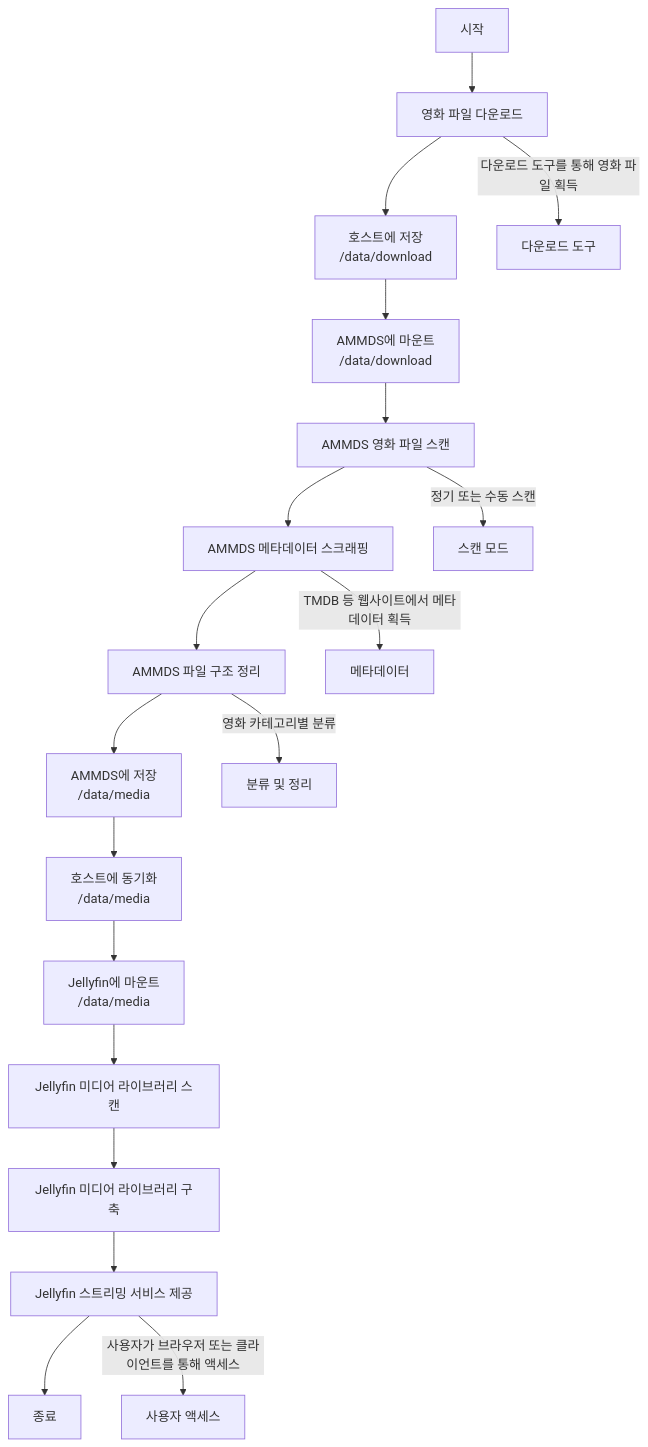
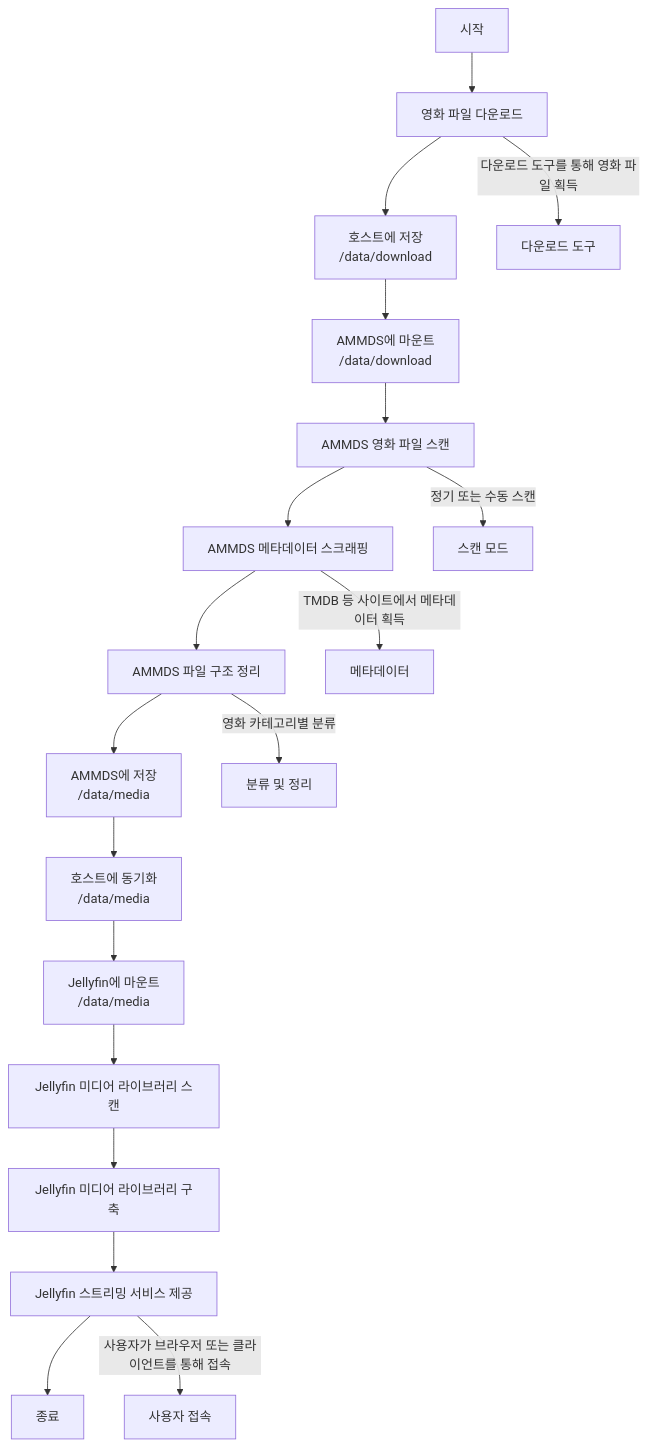
Before and after one commit to QYG2297248353/AMMDS-DOC: the fourth of 5 diagrams in i18n/ko/docusaurus-plugin-content-docs/current/usage/Mount.md, drawn with Mermaid. The commit also changed other lines of this file and 148 other files, not shown here.

````diff
--- a/i18n/ko/docusaurus-plugin-content-docs/current/usage/Mount.md
+++ b/i18n/ko/docusaurus-plugin-content-docs/current/usage/Mount.md
@@ -166,34 +167,34 @@
 ```mermaid
 flowchart TD
     %% 시작
     START["시작"] --> DOWNLOAD["영화 파일 다운로드"]
     
     %% 다운로드 단계
     DOWNLOAD --> SAVE_RAW["호스트에 저장<br/>/data/download"]
     
     %% AMMDS 처리 단계
     SAVE_RAW --> MOUNT_TO_AMMDS["AMMDS에 마운트<br/>/data/download"]
     MOUNT_TO_AMMDS --> SCAN["AMMDS 영화 파일 스캔"]
     SCAN --> SCRAPE["AMMDS 메타데이터 스크래핑"]
     SCRAPE --> ORGANIZE["AMMDS 파일 구조 정리"]
     ORGANIZE --> SAVE_PROCESSED["AMMDS에 저장<br/>/data/media"]
     
     %% 호스트 동기화 단계
     SAVE_PROCESSED --> SYNC_TO_HOST["호스트에 동기화<br/>/data/media"]
     
     %% Jellyfin 처리 단계
     SYNC_TO_HOST --> MOUNT_TO_JELLYFIN["Jellyfin에 마운트<br/>/data/media"]
     MOUNT_TO_JELLYFIN --> JELLYFIN_SCAN["Jellyfin 미디어 라이브러리 스캔"]
     JELLYFIN_SCAN --> BUILD_LIBRARY["Jellyfin 미디어 라이브러리 구축"]
     BUILD_LIBRARY --> PROVIDE_STREAM["Jellyfin 스트리밍 서비스 제공"]
     
     %% 종료
     PROVIDE_STREAM --> END["종료"]
     
     %% 프로세스 설명
     DOWNLOAD -->|"다운로드 도구를 통해 영화 파일 획득"| DOWNLOAD_TOOL["다운로드 도구"]
     SCAN -->|"정기 또는 수동 스캔"| SCAN_MODE["스캔 모드"]
-    SCRAPE -->|"TMDB 등 웹사이트에서 메타데이터 획득"| METADATA["메타데이터"]
+    SCRAPE -->|"TMDB 등 사이트에서 메타데이터 획득"| METADATA["메타데이터"]
     ORGANIZE -->|"영화 카테고리별 분류"| CATEGORIZE["분류 및 정리"]
-    PROVIDE_STREAM -->|"사용자가 브라우저 또는 클라이언트를 통해 액세스"| USER_ACCESS["사용자 액세스"]
+    PROVIDE_STREAM -->|"사용자가 브라우저 또는 클라이언트를 통해 접속"| USER_ACCESS["사용자 접속"]
 ```
````
